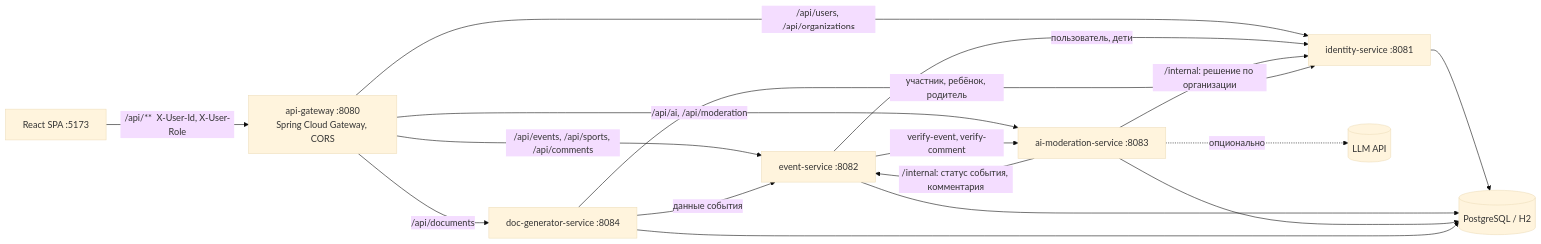
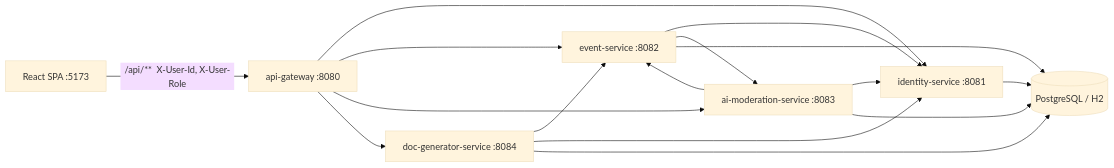
Before and after one commit to MBL15/pisun-2: the diagram in README.md, drawn with Mermaid (base theme). The commit also changed other lines of this file and 4 other files, not shown here.

````diff
--- a/README.md
+++ b/README.md
@@ -56,16 +49,15 @@
 ```mermaid
 flowchart LR
-  FE[React SPA :5173] -->|/api/**  X-User-Id, X-User-Role| GW[api-gateway :8080<br/>Spring Cloud Gateway, CORS]
-  GW -->|/api/users, /api/organizations| ID[identity-service :8081]
-  GW -->|/api/events, /api/sports, /api/comments| EV[event-service :8082]
-  GW -->|/api/ai, /api/moderation| AI[ai-moderation-service :8083]
-  GW -->|/api/documents| DOC[doc-generator-service :8084]
-  EV -->|пользователь, дети| ID
-  EV -->|verify-event, verify-comment| AI
-  AI -->|/internal: статус события, комментария| EV
-  AI -->|/internal: решение по организации| ID
-  DOC -->|данные события| EV
-  DOC -->|участник, ребёнок, родитель| ID
-  AI -.->|опционально| LLM[(LLM API)]
+  FE[React SPA :5173] -->|/api/**  X-User-Id, X-User-Role| GW[api-gateway :8080]
+  GW --> ID[identity-service :8081]
+  GW --> EV[event-service :8082]
+  GW --> AI[ai-moderation-service :8083]
+  GW --> DOC[doc-generator-service :8084]
+  EV --> ID
+  EV --> AI
+  AI --> EV
+  AI --> ID
+  DOC --> EV
+  DOC --> ID
   ID & EV & AI & DOC --> DB[(PostgreSQL / H2)]
 ```
````
